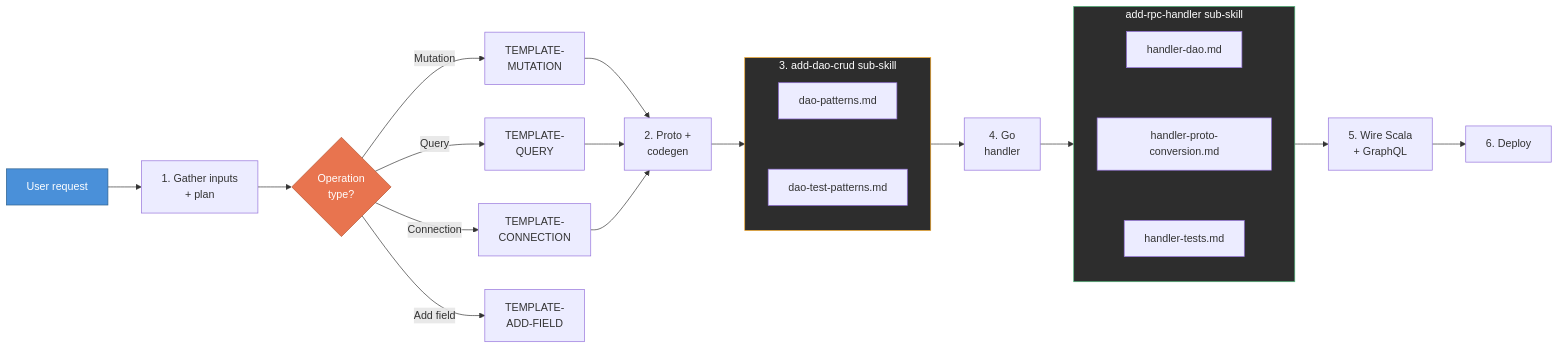
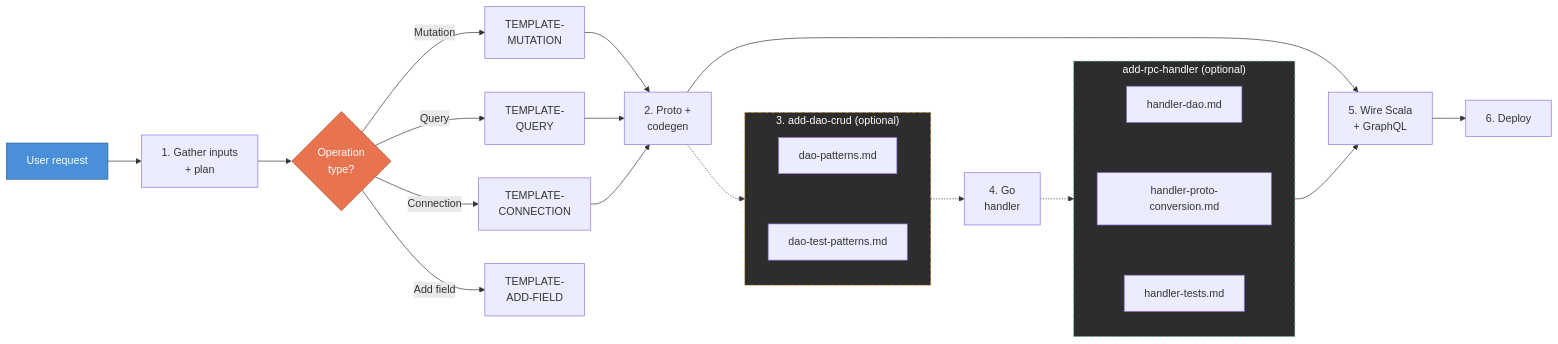
One commit to oriooctopus/fullstack changed the second of 2 diagrams in slides.md. Above: the diagram before and after it, drawn with Mermaid. The commit also changed other lines of this file and 2 other files, not shown here.

````diff
--- a/slides.md
+++ b/slides.md
@@ -123,28 +123,30 @@
 ```mermaid {scale: 0.35}
 graph LR
     User["User request"] --> S1["1. Gather inputs\n+ plan"] --> Route{"Operation\ntype?"}
 
     Route -->|Mutation| TM["TEMPLATE-\nMUTATION"]
     Route -->|Query| TQ["TEMPLATE-\nQUERY"]
     Route -->|Connection| TQC["TEMPLATE-\nCONNECTION"]
     Route -->|Add field| TAF["TEMPLATE-\nADD-FIELD"]
 
     TM & TQ & TQC --> S2["2. Proto +\ncodegen"]
 
-    S2 --> dao_skill --> S5["4. Go\nhandler"] --> rpc_skill --> S6["5. Wire Scala\n+ GraphQL"] --> S7["6. Deploy"]
+    S2 -.-> dao_skill -.-> S5["4. Go\nhandler"] -.-> rpc_skill
+    S2 --> S6["5. Wire Scala\n+ GraphQL"] --> S7["6. Deploy"]
+    rpc_skill --> S6
 
-    subgraph dao_skill ["3. add-dao-crud sub-skill"]
+    subgraph dao_skill ["3. add-dao-crud (optional)"]
         direction TB
         DAO_PAT["dao-patterns.md"] ~~~ DAO_TEST["dao-test-patterns.md"]
     end
 
-    subgraph rpc_skill ["add-rpc-handler sub-skill"]
+    subgraph rpc_skill ["add-rpc-handler (optional)"]
         direction TB
         RPC_DAO["handler-dao.md"] ~~~ RPC_CONV["handler-proto-conversion.md"] ~~~ RPC_TEST["handler-tests.md"]
     end
 
     style User fill:#4a90d9,stroke:#2c5f8a,color:#fff
     style Route fill:#e8744f,stroke:#b5522d,color:#fff
-    style dao_skill fill:#2d2d2d,stroke:#f5a623,color:#fff
-    style rpc_skill fill:#2d2d2d,stroke:#50b87a,color:#fff
+    style dao_skill fill:#2d2d2d,stroke:#f5a623,color:#fff,stroke-dasharray: 5 5
+    style rpc_skill fill:#2d2d2d,stroke:#50b87a,color:#fff,stroke-dasharray: 5 5
 ```
````
